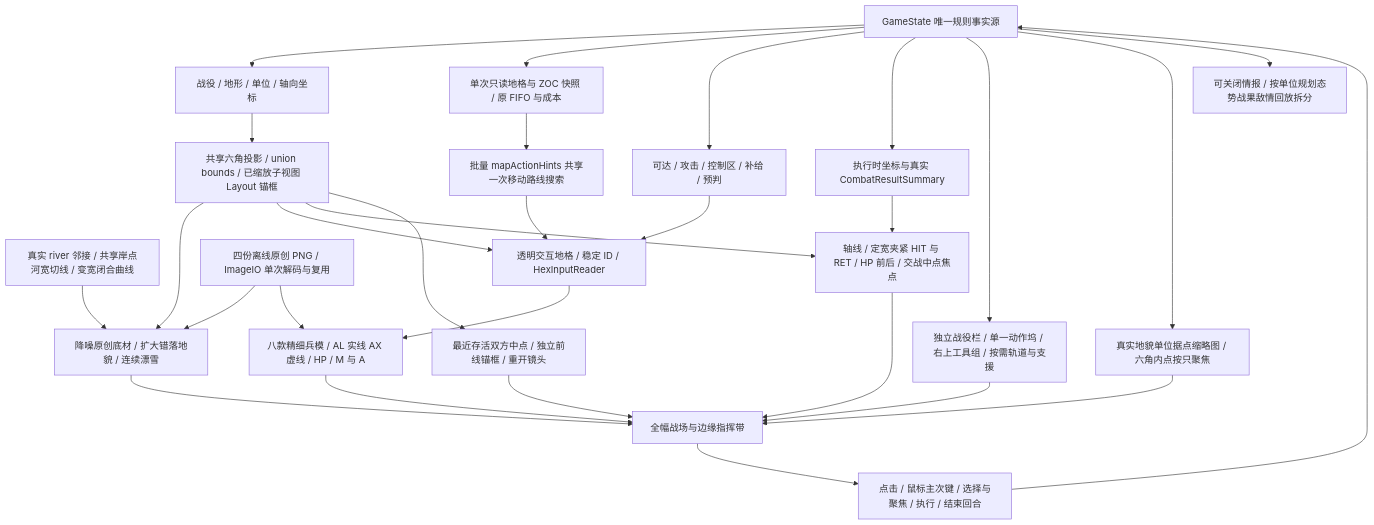
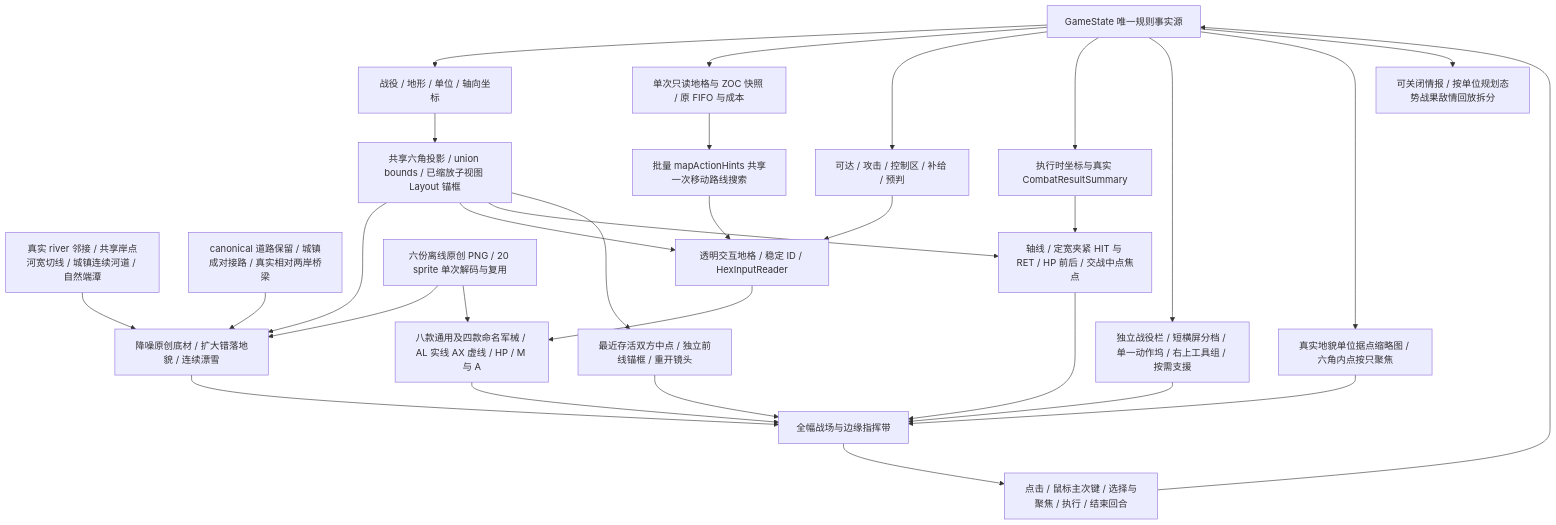
Before and after one commit to Altman-sam114/116: the first of 3 diagrams in md/flow/flowchart.md, drawn with Mermaid. The commit also changed other lines of this file and 28 other files, not shown here.

````diff
--- a/md/flow/flowchart.md
+++ b/md/flow/flowchart.md
@@ -5,31 +5,32 @@
 ```mermaid
 flowchart TD
     State[GameState 唯一规则事实源] --> Models[战役 / 地形 / 单位 / 轴向坐标]
     Models --> Layout[共享六角投影 / union bounds / 已缩放子视图 Layout 锚框]
     Layout --> Terrain[降噪原创底材 / 扩大错落地貌 / 连续漂雪]
-    River[真实 river 邻接 / 共享岸点河宽切线 / 变宽闭合曲线] --> Terrain
+    River[真实 river 邻接 / 共享岸点河宽切线 / 城镇连续河道 / 自然端潭] --> Terrain
+    Infrastructure[canonical 道路保留 / 城镇成对接路 / 真实相对两岸桥梁] --> Terrain
     Layout --> Tiles[透明交互地格 / 稳定 ID / HexInputReader]
     State --> Routes[单次只读地格与 ZOC 快照 / 原 FIFO 与成本]
     Routes --> Hints[批量 mapActionHints 共享一次移动路线搜索]
     Hints --> Tiles
     State --> Rules[可达 / 攻击 / 控制区 / 补给 / 预判]
     Rules --> Tiles
-    Artwork[四份离线原创 PNG / ImageIO 单次解码与复用] --> Terrain
-    Artwork --> Units[八款精细兵模 / AL 实线 AX 虚线 / HP / M 与 A]
+    Artwork[六份离线原创 PNG / 20 sprite 单次解码与复用] --> Terrain
+    Artwork --> Units[八款通用及四款命名军械 / AL 实线 AX 虚线 / HP / M 与 A]
     Tiles --> Units
     State --> Result[执行时坐标与真实 CombatResultSummary]
     Layout --> Feedback[轴线 / 定宽夹紧 HIT 与 RET / HP 前后 / 交战中点焦点]
     Result --> Feedback
     Terrain --> Screen[全幅战场与边缘指挥带]
     Units --> Screen
     Feedback --> Screen
-    State --> Deck[独立战役栏 / 单一动作坞 / 右上工具组 / 按需轨道与支援]
+    State --> Deck[独立战役栏 / 短横屏分档 / 单一动作坞 / 右上工具组 / 按需支援]
     Deck --> Screen
     State --> Overview[真实地貌单位据点缩略图 / 六角内点按只聚焦]
     Overview --> Screen
     Layout --> Camera[最近存活双方中点 / 独立前线锚框 / 重开镜头]
     Camera --> Screen
     Screen --> Input[点击 / 鼠标主次键 / 选择与聚焦 / 执行 / 结束回合]
     Input --> State
     State --> Inspector[可关闭情报 / 按单位规划态势战果敌情回放拆分]
 ```
````
